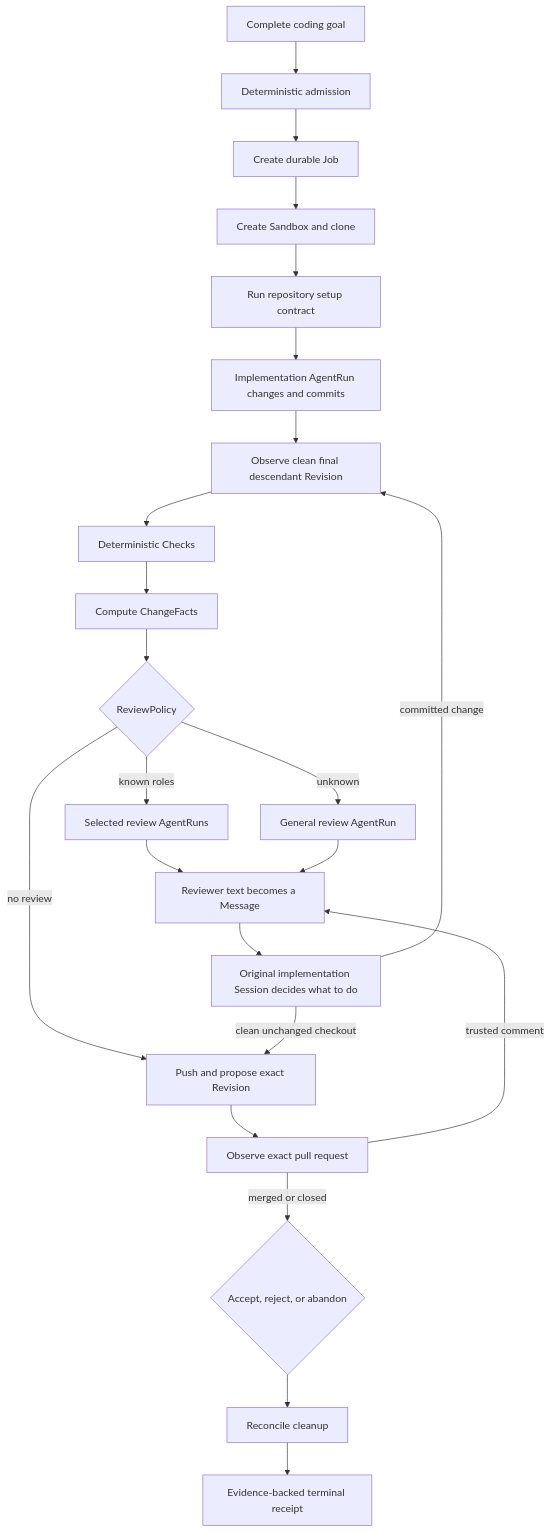
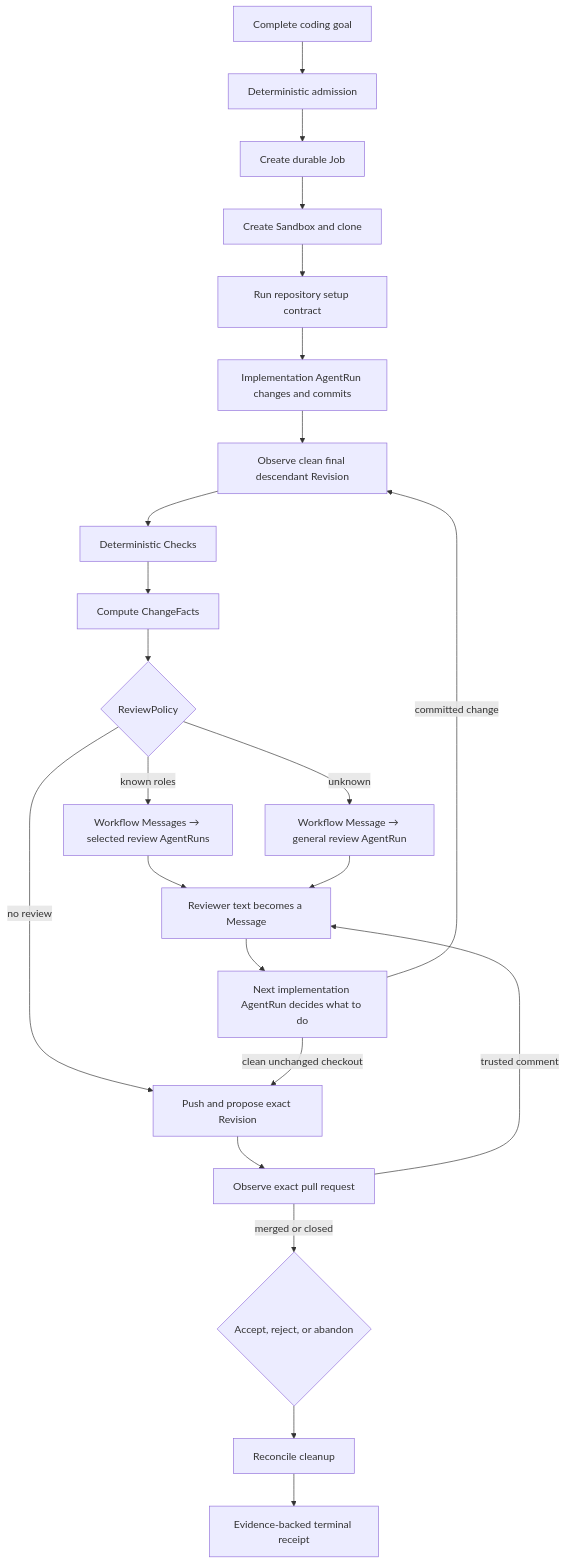
One commit to aphronio/dorf changed the diagram in docs/project/north-star.md. Above: the diagram before and after it, drawn with Mermaid. The commit also changed other lines of this file and 52 other files, not shown here.

Commit message:
refactor: make agent runs own harness execution

````diff
--- a/docs/project/north-star.md
+++ b/docs/project/north-star.md
@@ -37,25 +40,25 @@
 ```mermaid
 flowchart TD
     Intent["Complete coding goal"] --> Admit["Deterministic admission"]
     Admit --> Job["Create durable Job"]
     Job --> Sandbox["Create Sandbox and clone"]
     Sandbox --> Setup["Run repository setup contract"]
     Setup --> Implement["Implementation AgentRun changes and commits"]
     Implement --> Revision["Observe clean final descendant Revision"]
     Revision --> Checks["Deterministic Checks"]
     Checks --> Facts["Compute ChangeFacts"]
     Facts --> Policy{"ReviewPolicy"}
-    Policy -->|"known roles"| Reviews["Selected review AgentRuns"]
-    Policy -->|"unknown"| GeneralReview["General review AgentRun"]
+    Policy -->|"known roles"| Reviews["Workflow Messages → selected review AgentRuns"]
+    Policy -->|"unknown"| GeneralReview["Workflow Message → general review AgentRun"]
     Policy -->|"no review"| Proposal
     Reviews --> Feedback["Reviewer text becomes a Message"]
     GeneralReview --> Feedback
-    Feedback --> Respond["Original implementation Session decides what to do"]
+    Feedback --> Respond["Next implementation AgentRun decides what to do"]
     Respond -->|"committed change"| Revision
     Respond -->|"clean unchanged checkout"| Proposal["Push and propose exact Revision"]
     Proposal --> Observe["Observe exact pull request"]
     Observe -->|"trusted comment"| Feedback
     Observe -->|"merged or closed"| Outcome{"Accept, reject, or abandon"}
     Outcome --> Cleanup["Reconcile cleanup"]
     Cleanup --> Receipt["Evidence-backed terminal receipt"]
 ```
````
